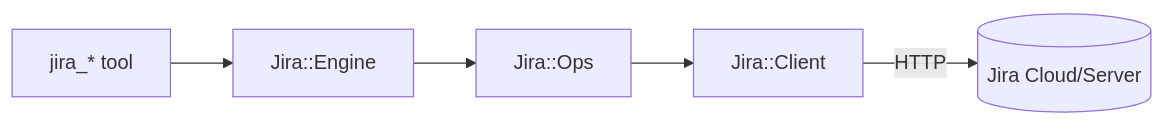
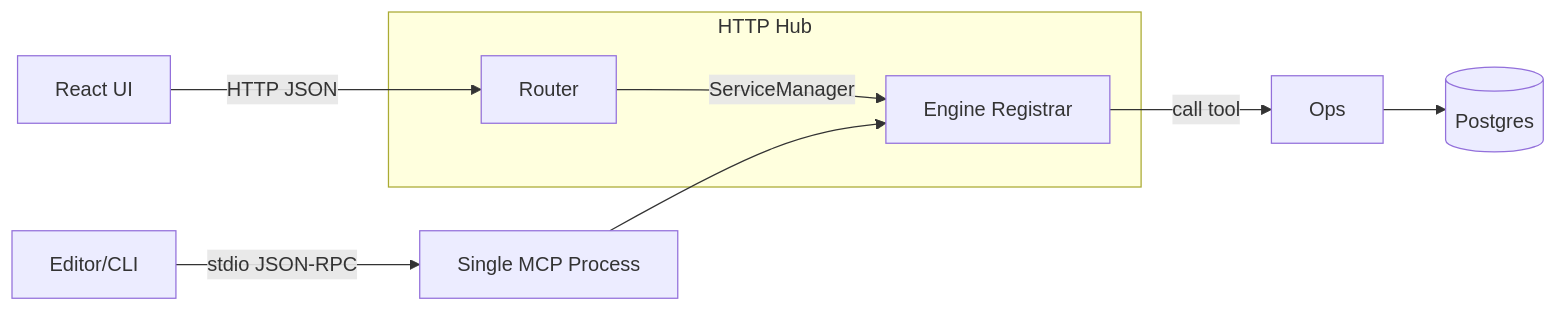
One commit to ashabbir/savant changed the diagram in README.md. Above: the diagram before and after it, drawn with Mermaid. The commit also changed other lines of this file, not shown here.

````diff
--- a/README.md
+++ b/README.md
@@ -1032,6 +47,11 @@
 ```mermaid
 flowchart LR
-  A[jira_* tool] --> E[Jira::Engine]
-  E --> O[Jira::Ops] --> C[Jira::Client]
-  C -->|HTTP| Jira[(Jira Cloud/Server)]
+  subgraph Hub[HTTP Hub]
+    R[Router]-- ServiceManager --> E[Engine Registrar]
+  end
+  UI[React UI] -->|HTTP JSON| R
+  CLI[Editor/CLI] -->|stdio JSON-RPC| EngineProc
+  EngineProc[Single MCP Process] --> E
+  E -->|call tool| Ops
+  Ops --> DB[(Postgres)]
 ```
````
